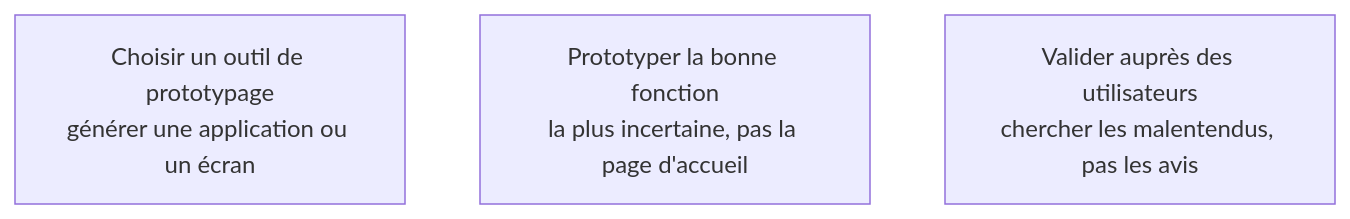
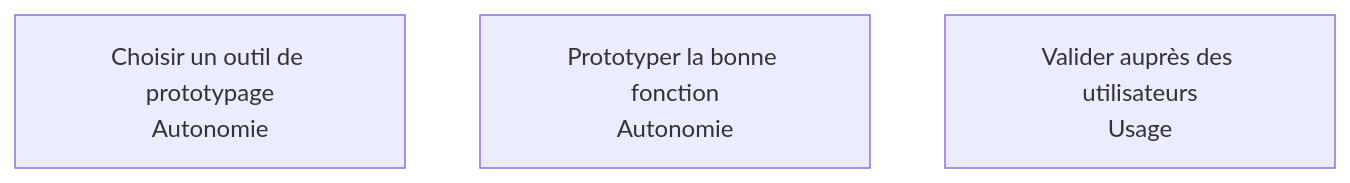
The diagram in content/parcours/ai-product-builder/prototypage/index.md (floSa/Atlas-Metiers-Roadmaps), drawn with Mermaid before and after one commit. The commit also changed other lines of this file and 7 other files, not shown here.

````diff
--- a/content/parcours/ai-product-builder/prototypage/index.md
+++ b/content/parcours/ai-product-builder/prototypage/index.md
@@ -11,10 +11,10 @@
 ```mermaid
 flowchart TD
-  O["Choisir un outil de prototypage<br/>générer une application ou un écran"]
-  F["Prototyper la bonne fonction<br/>la plus incertaine, pas la page d'accueil"]
-  V["Valider auprès des utilisateurs<br/>chercher les malentendus, pas les avis"]
+  O["Choisir un outil de prototypage<br/>Autonomie"]
+  F["Prototyper la bonne fonction<br/>Autonomie"]
+  V["Valider auprès des utilisateurs<br/>Usage"]
 
   click O "/parcours/ai-product-builder/prototypage/choisir-un-outil-de-prototypage"
   click F "/parcours/ai-product-builder/prototypage/prototyper-la-bonne-fonction"
   click V "/parcours/ai-product-builder/prototypage/valider-aupres-des-utilisateurs"
 ```
````
